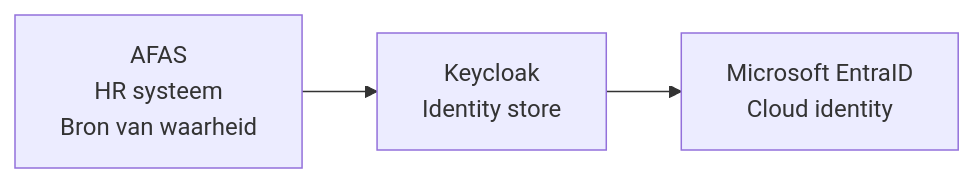
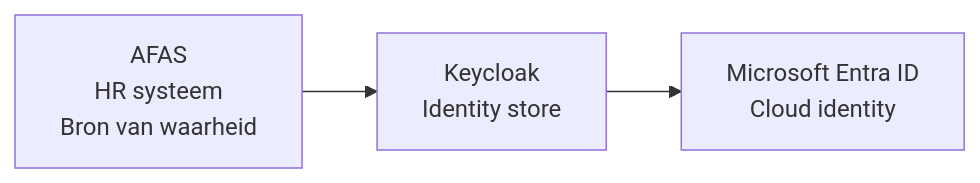
Before and after one commit to developer-overheid-nl/don-site: the second of 4 diagrams in blog/2026/03/blog-post-identity-sync-architecture.md, drawn with Mermaid. The commit also changed other lines of this file, not shown here.

Commit message:
Fix typos and improve consistency in blog post on identity synchronization architecture

````diff
--- a/blog/2026/03/blog-post-identity-sync-architecture.md
+++ b/blog/2026/03/blog-post-identity-sync-architecture.md
@@ -74,9 +74,9 @@
 ```mermaid
 flowchart LR
   AFAS["AFAS<br/>HR systeem<br/>Bron van waarheid"]
   KEYCLOAK["Keycloak<br/>Identity store"]
-  ENTRA["Microsoft EntraID<br/>Cloud identity"]
+  ENTRA["Microsoft Entra ID<br/>Cloud identity"]
 
   AFAS --> KEYCLOAK
   KEYCLOAK --> ENTRA
 ```
````
